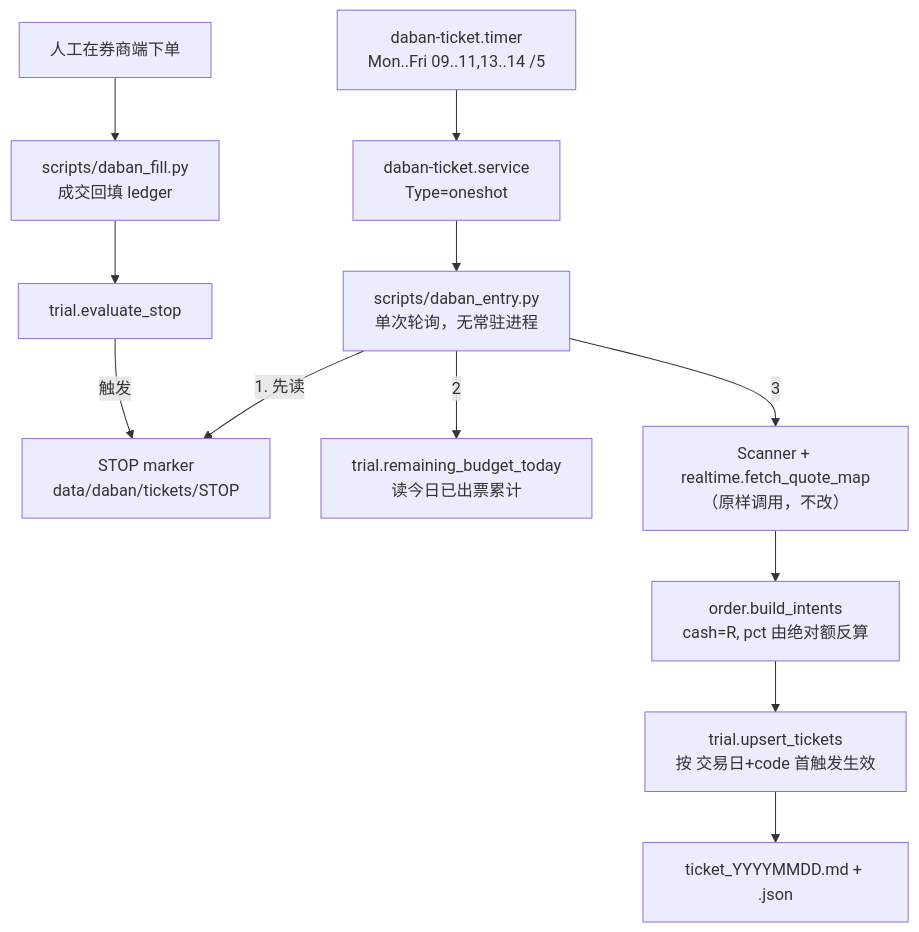
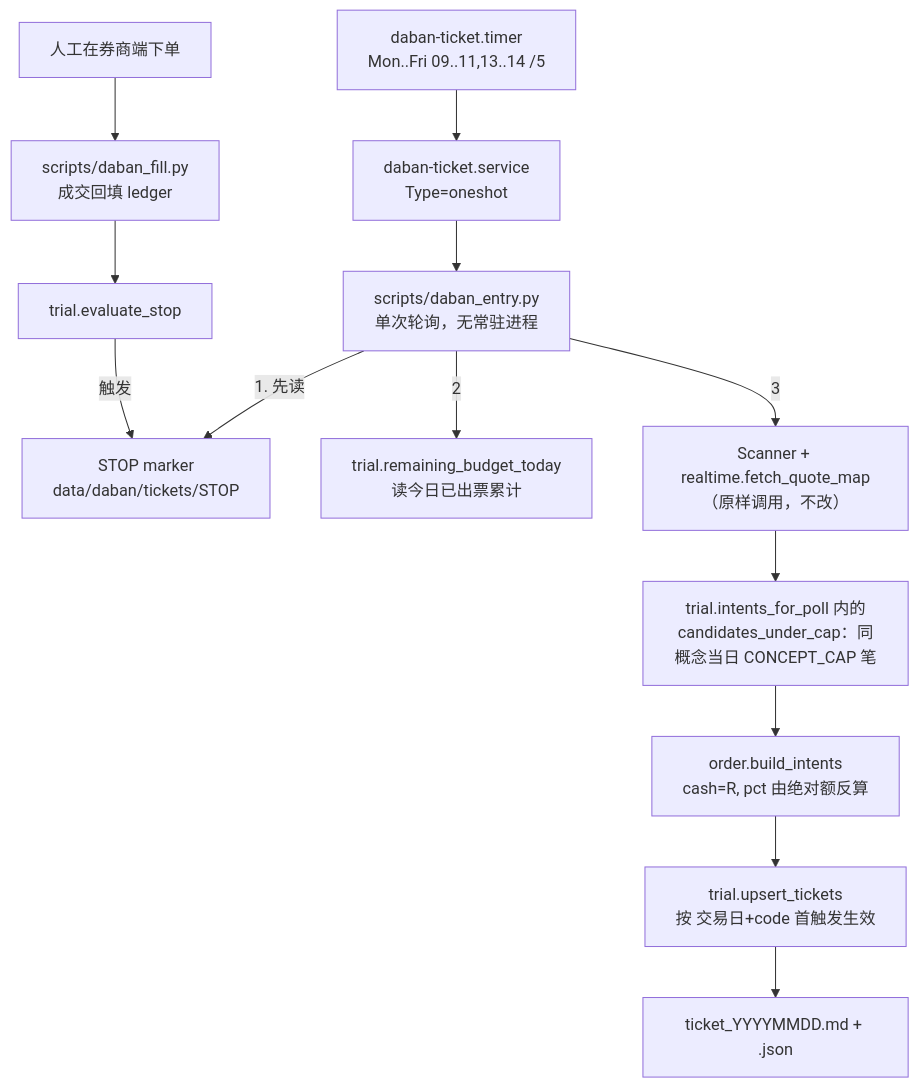
One commit to of399/tdx-data-feed changed the diagram in docs/superpowers/specs/2026-10-25-daban-daily-ticket-design.md. Above: the diagram before and after it, drawn with Mermaid. The commit also changed other lines of this file and 3 other files, not shown here.

````diff
--- a/docs/superpowers/specs/2026-10-25-daban-daily-ticket-design.md
+++ b/docs/superpowers/specs/2026-10-25-daban-daily-ticket-design.md
@@ -60,14 +64,15 @@
 ```mermaid
 flowchart TD
   T[daban-ticket.timer<br/>Mon..Fri 09..11,13..14 /5] --> S[daban-ticket.service<br/>Type=oneshot]
   S --> E[scripts/daban_entry.py<br/>单次轮询，无常驻进程]
   E -->|1. 先读| M[STOP marker<br/>data/daban/tickets/STOP]
   E -->|2| G[trial.remaining_budget_today<br/>读今日已出票累计]
   E -->|3| SC[Scanner + realtime.fetch_quote_map<br/>（原样调用，不改）]
-  SC --> BI[order.build_intents<br/>cash=R, pct 由绝对额反算]
+  SC --> CP[trial.intents_for_poll 内的<br/>candidates_under_cap：同概念当日 CONCEPT_CAP 笔]
+  CP --> BI[order.build_intents<br/>cash=R, pct 由绝对额反算]
   BI --> UP[trial.upsert_tickets<br/>按 交易日+code 首触发生效]
   UP --> TK[ticket_YYYYMMDD.md + .json]
   HK[人工在券商端下单] --> FL[scripts/daban_fill.py<br/>成交回填 ledger]
   FL --> ST[trial.evaluate_stop]
   ST -->|触发| M
 ```
````
